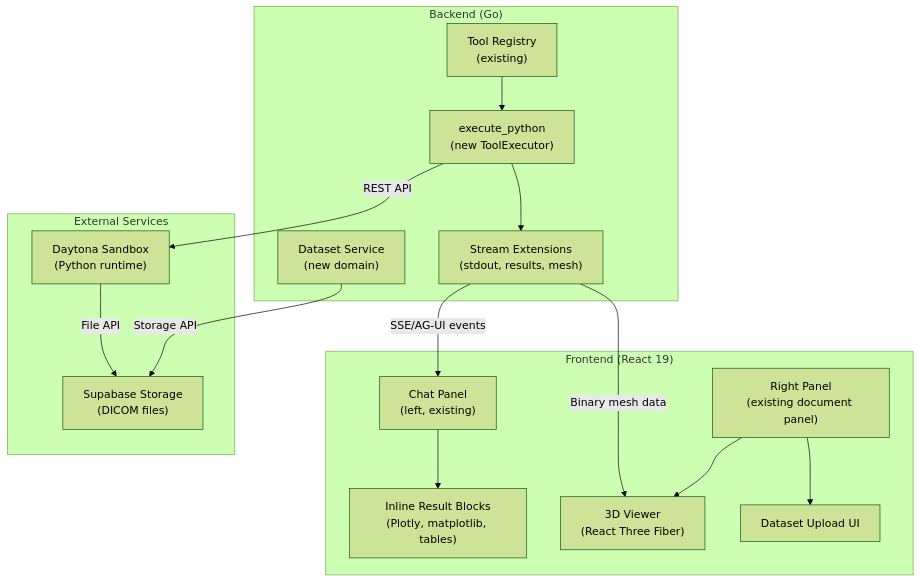
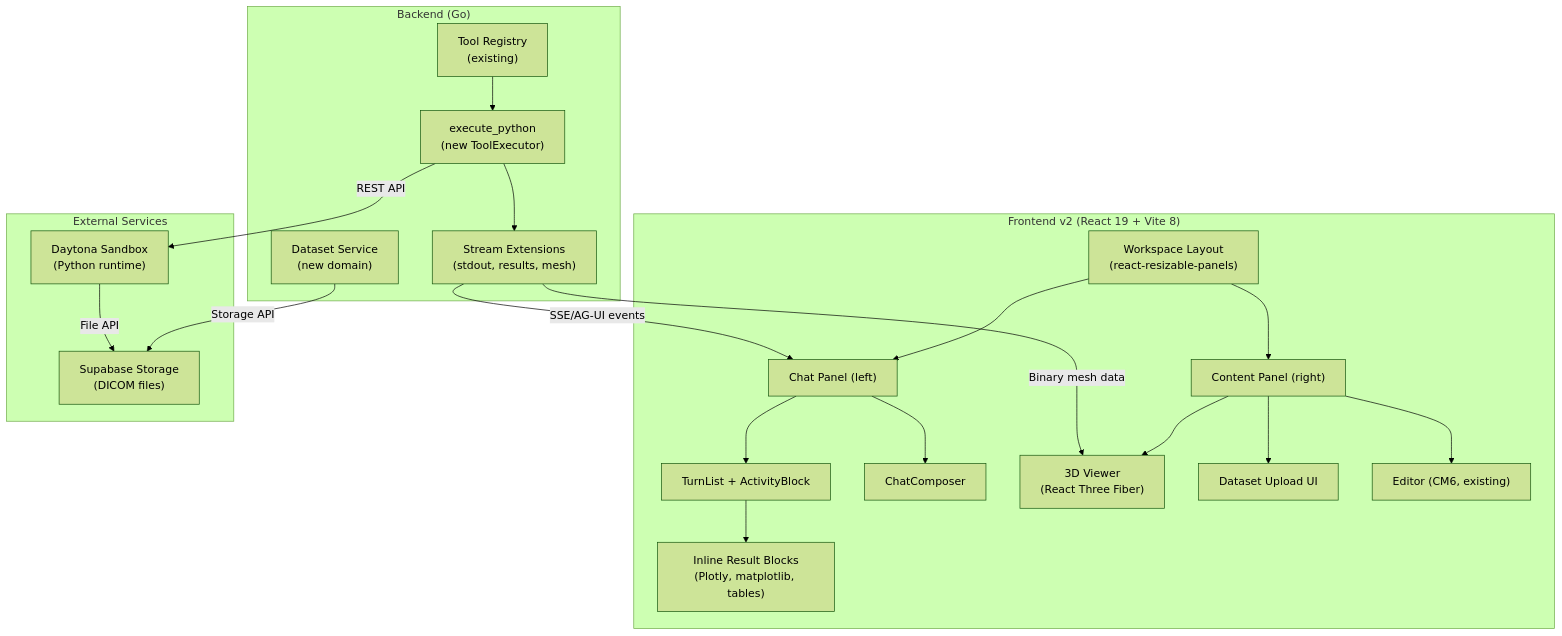
One commit to haowjy/meridian-flow changed the first of 2 diagrams in .meridian/work/biomedical-mvp/design/overview.md. Above: the diagram before and after it, drawn with Mermaid (forest theme). The commit also changed other lines of this file and 18 other files, not shown here.

````diff
--- a/.meridian/work/biomedical-mvp/design/overview.md
+++ b/.meridian/work/biomedical-mvp/design/overview.md
@@ -7,30 +7,34 @@
 ```mermaid
 flowchart TB
-    subgraph Frontend["Frontend (React 19)"]
-        Chat["Chat Panel<br/>(left, existing)"]
-        Right["Right Panel<br/>(existing document panel)"]
-        Chat --> InlineResults["Inline Result Blocks<br/>(Plotly, matplotlib, tables)"]
-        Right --> Viewer3D["3D Viewer<br/>(React Three Fiber)"]
-        Right --> DatasetUI["Dataset Upload UI"]
+    subgraph Frontend["Frontend v2 (React 19 + Vite 8)"]
+        Layout["Workspace Layout<br/>(react-resizable-panels)"]
+        Layout --> ChatPanel["Chat Panel (left)"]
+        Layout --> ContentPanel["Content Panel (right)"]
+        ChatPanel --> TurnList["TurnList + ActivityBlock"]
+        ChatPanel --> Composer["ChatComposer"]
+        TurnList --> InlineResults["Inline Result Blocks<br/>(Plotly, matplotlib, tables)"]
+        ContentPanel --> Viewer3D["3D Viewer<br/>(React Three Fiber)"]
+        ContentPanel --> DatasetUI["Dataset Upload UI"]
+        ContentPanel --> Editor["Editor (CM6, existing)"]
     end
 
     subgraph Backend["Backend (Go)"]
         ToolReg["Tool Registry<br/>(existing)"]
         ExecPy["execute_python<br/>(new ToolExecutor)"]
         DatasetSvc["Dataset Service<br/>(new domain)"]
         StreamExt["Stream Extensions<br/>(stdout, results, mesh)"]
         ToolReg --> ExecPy
         ExecPy --> StreamExt
     end
 
     subgraph External["External Services"]
         Daytona["Daytona Sandbox<br/>(Python runtime)"]
         Supabase["Supabase Storage<br/>(DICOM files)"]
     end
 
     ExecPy -->|"REST API"| Daytona
     DatasetSvc -->|"Storage API"| Supabase
-    StreamExt -->|"SSE/AG-UI events"| Chat
+    StreamExt -->|"SSE/AG-UI events"| ChatPanel
     StreamExt -->|"Binary mesh data"| Viewer3D
     Daytona -->|"File API"| Supabase
 ```
````
